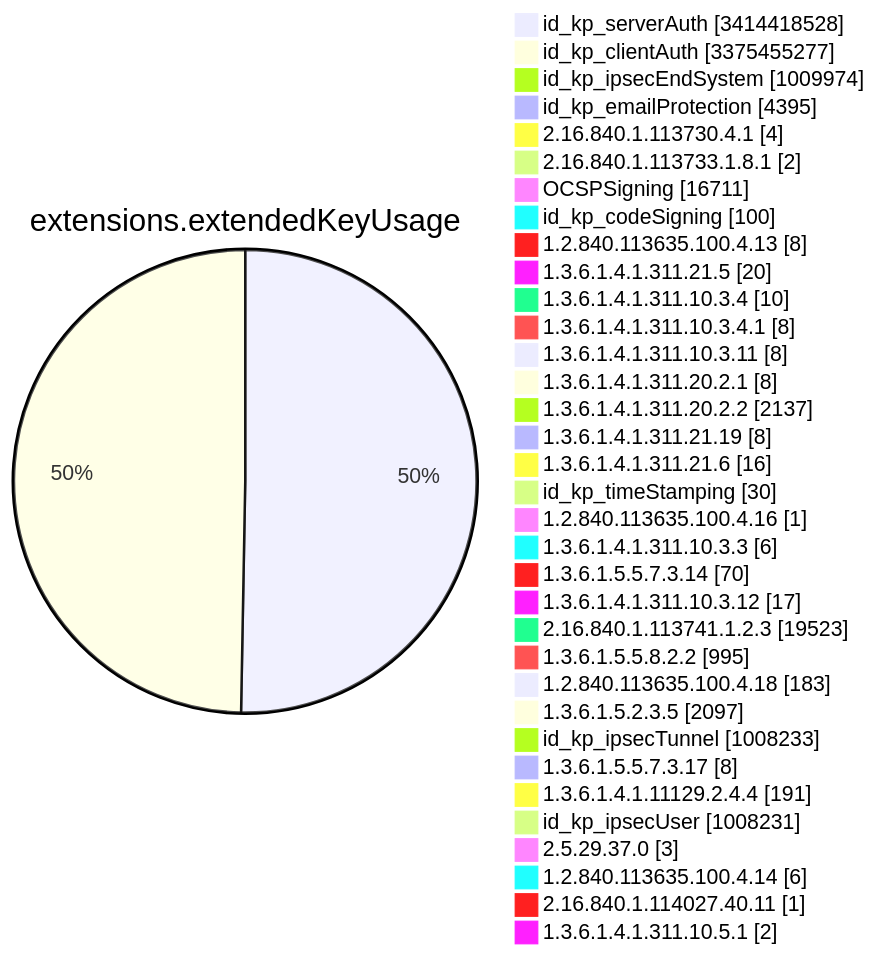
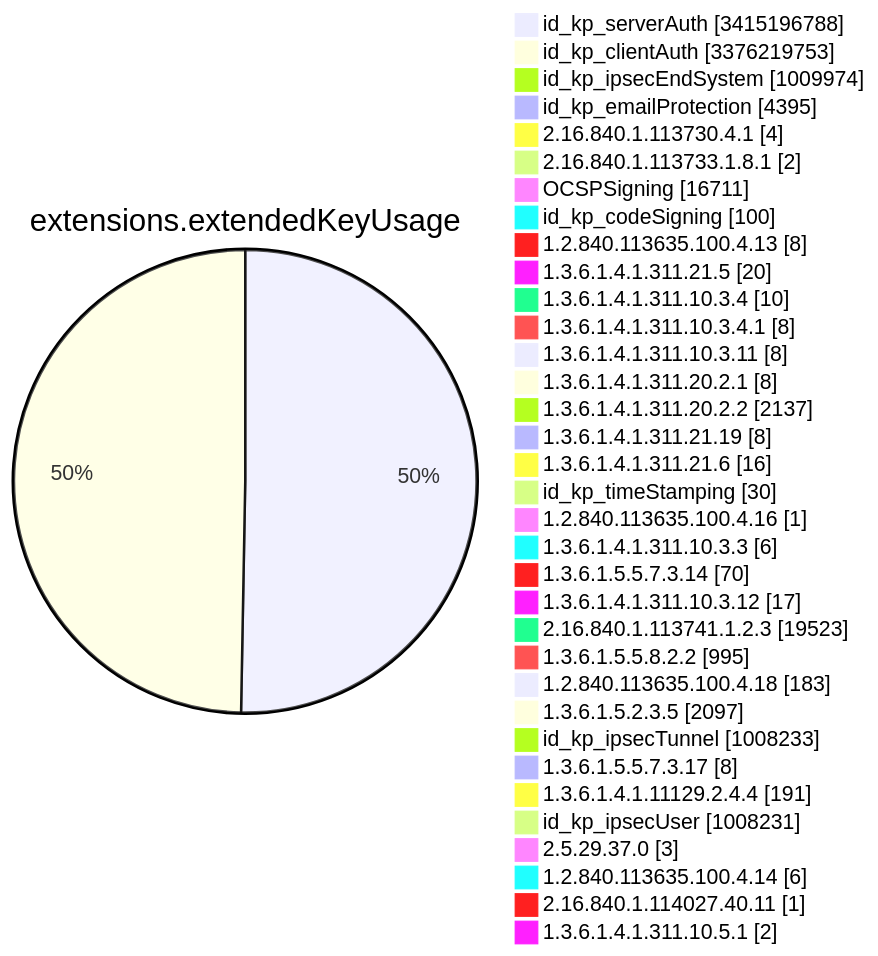
One commit to christiankrug/ctmonitor_visualization changed diagram 11 of 15 in TOTAL/README.md. Above: the diagram before and after it, drawn with Mermaid. The commit also changed other lines of this file, not shown here.

````diff
--- a/TOTAL/README.md
+++ b/TOTAL/README.md
@@ -4121,38 +4121,38 @@
 ```mermaid
 pie showData
 title extensions.extendedKeyUsage
-"id_kp_serverAuth" :3414418528
-"id_kp_clientAuth" :3375455277
+"id_kp_serverAuth" :3415196788
+"id_kp_clientAuth" :3376219753
 "id_kp_ipsecEndSystem" :1009974
 "id_kp_emailProtection" :4395
 "2.16.840.1.113730.4.1" :4
 "2.16.840.1.113733.1.8.1" :2
 "OCSPSigning" :16711
 "id_kp_codeSigning" :100
 "1.2.840.113635.100.4.13" :8
 "1.3.6.1.4.1.311.21.5" :20
 "1.3.6.1.4.1.311.10.3.4" :10
 "1.3.6.1.4.1.311.10.3.4.1" :8
 "1.3.6.1.4.1.311.10.3.11" :8
 "1.3.6.1.4.1.311.20.2.1" :8
 "1.3.6.1.4.1.311.20.2.2" :2137
 "1.3.6.1.4.1.311.21.19" :8
 "1.3.6.1.4.1.311.21.6" :16
 "id_kp_timeStamping" :30
 "1.2.840.113635.100.4.16" :1
 "1.3.6.1.4.1.311.10.3.3" :6
 "1.3.6.1.5.5.7.3.14" :70
 "1.3.6.1.4.1.311.10.3.12" :17
 "2.16.840.1.113741.1.2.3" :19523
 "1.3.6.1.5.5.8.2.2" :995
 "1.2.840.113635.100.4.18" :183
 "1.3.6.1.5.2.3.5" :2097
 "id_kp_ipsecTunnel" :1008233
 "1.3.6.1.5.5.7.3.17" :8
 "1.3.6.1.4.1.11129.2.4.4" :191
 "id_kp_ipsecUser" :1008231
 "2.5.29.37.0" :3
 "1.2.840.113635.100.4.14" :6
 "2.16.840.1.114027.40.11" :1
 "1.3.6.1.4.1.311.10.5.1" :2
 ```
````
